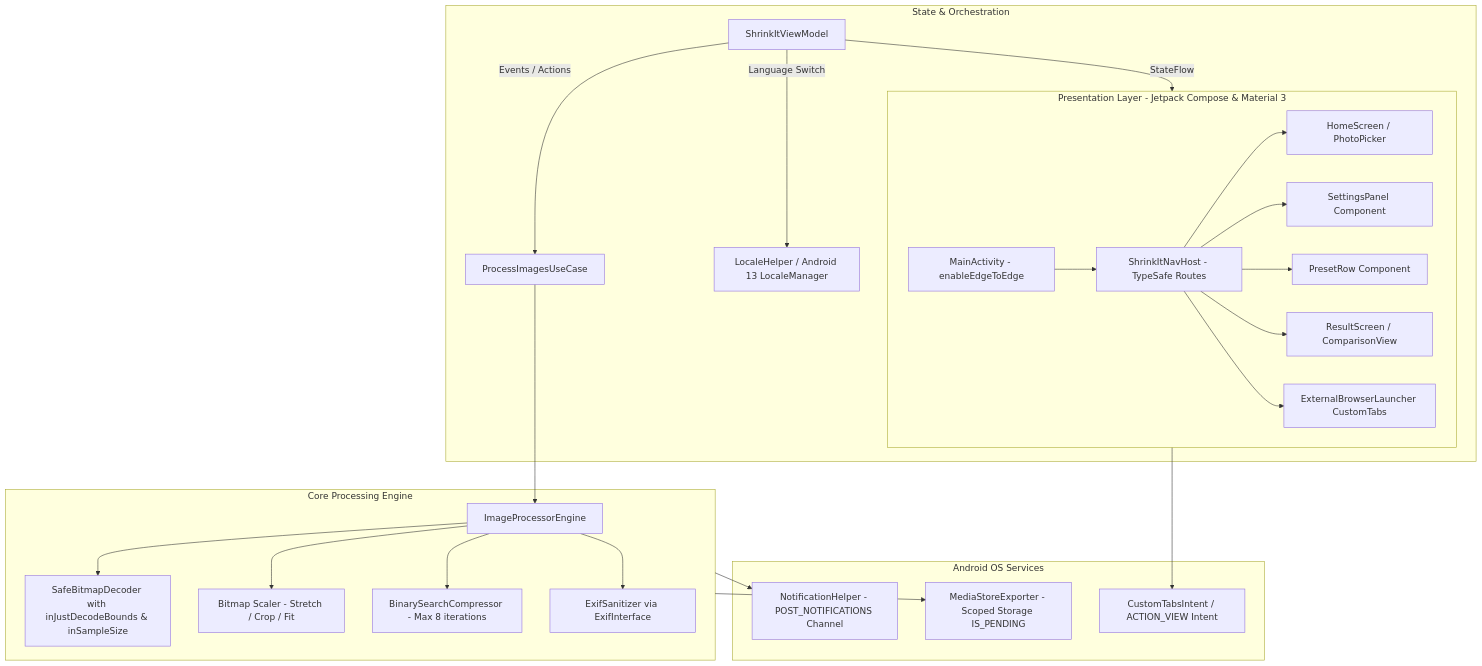
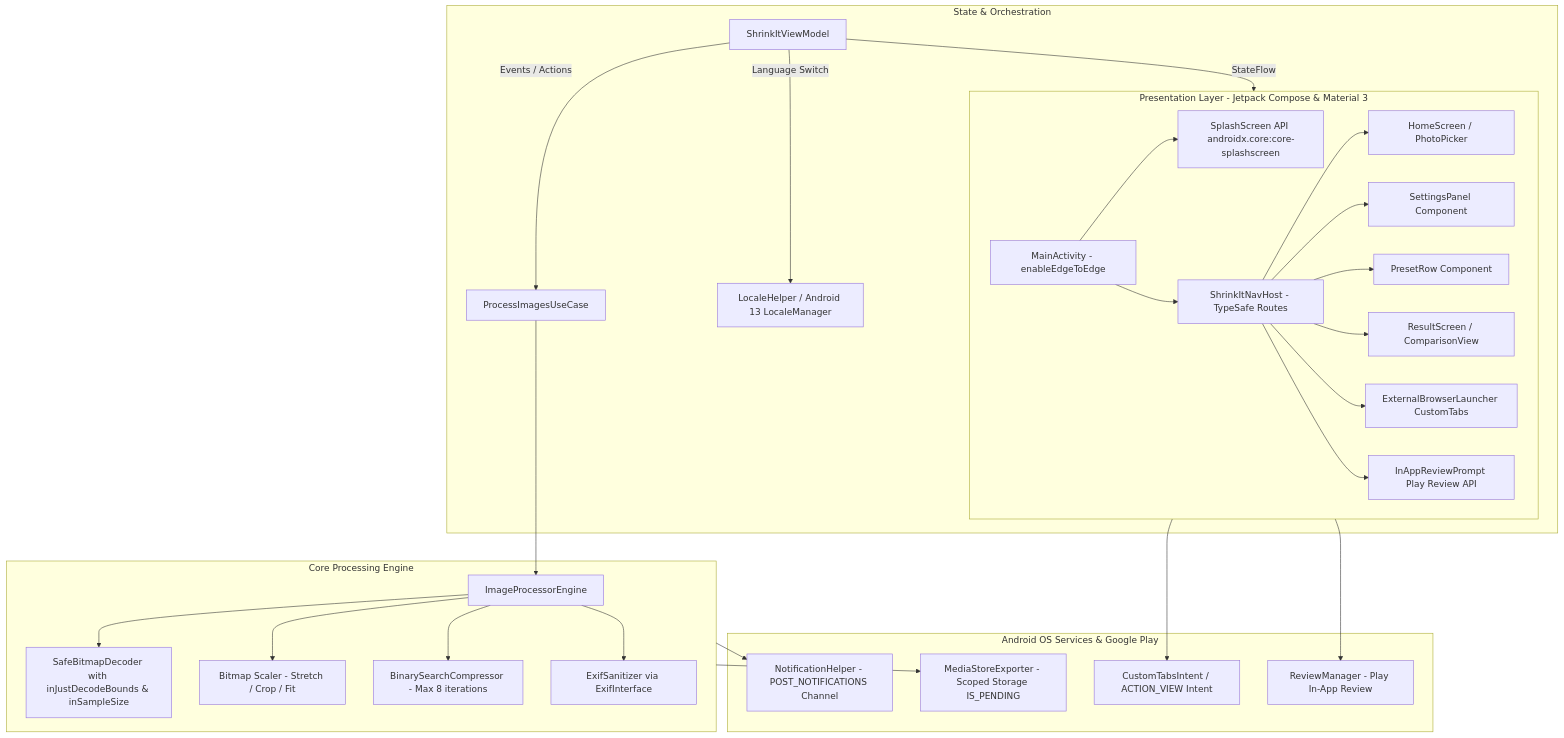
One commit to dusmamud/shrinkit-android changed the diagram in docs/TRD.md. Above: the diagram before and after it, drawn with Mermaid. The commit also changed other lines of this file and 2 other files, not shown here.

Commit message:
docs: cross-verify and document Google Play Store 2026 publishing requirements and Play Review/Splash APIs

````diff
--- a/docs/TRD.md
+++ b/docs/TRD.md
@@ -12,35 +12,39 @@
 ```mermaid
 flowchart TD
     subgraph UI_Layer [Presentation Layer - Jetpack Compose & Material 3]
-        A[MainActivity - enableEdgeToEdge] --> B[ShrinkItNavHost - TypeSafe Routes]
+        A[MainActivity - enableEdgeToEdge] --> SP[SplashScreen API androidx.core:core-splashscreen]
+        A --> B[ShrinkItNavHost - TypeSafe Routes]
         B --> C[HomeScreen / PhotoPicker]
         B --> D[SettingsPanel Component]
         B --> E[PresetRow Component]
         B --> F[ResultScreen / ComparisonView]
         B --> G[ExternalBrowserLauncher CustomTabs]
+        B --> REV[InAppReviewPrompt Play Review API]
     end
 
     subgraph ViewModel_Layer [State & Orchestration]
         VM[ShrinkItViewModel] -->|StateFlow<UiState>| UI_Layer
         VM -->|Events / Actions| UC[ProcessImagesUseCase]
         VM -->|Language Switch| LM[LocaleHelper / Android 13 LocaleManager]
     end
 
     subgraph Domain_Engine [Core Processing Engine]
         UC --> PE[ImageProcessorEngine]
         PE --> DCD[SafeBitmapDecoder with inJustDecodeBounds & inSampleSize]
         PE --> RES[Bitmap Scaler - Stretch / Crop / Fit]
         PE --> CMP[BinarySearchCompressor - Max 8 iterations]
         PE --> EXF[ExifSanitizer via ExifInterface]
     end
 
-    subgraph System_Services [Android OS Services]
+    subgraph System_Services [Android OS Services & Google Play]
         NOTIF[NotificationHelper - POST_NOTIFICATIONS Channel]
         BROWSER[CustomTabsIntent / ACTION_VIEW Intent]
         EX[MediaStoreExporter - Scoped Storage IS_PENDING]
+        PLAY[ReviewManager - Play In-App Review]
     end
 
     Domain_Engine --> NOTIF
     Domain_Engine --> EX
     UI_Layer --> BROWSER
+    UI_Layer --> PLAY
 ```
````
